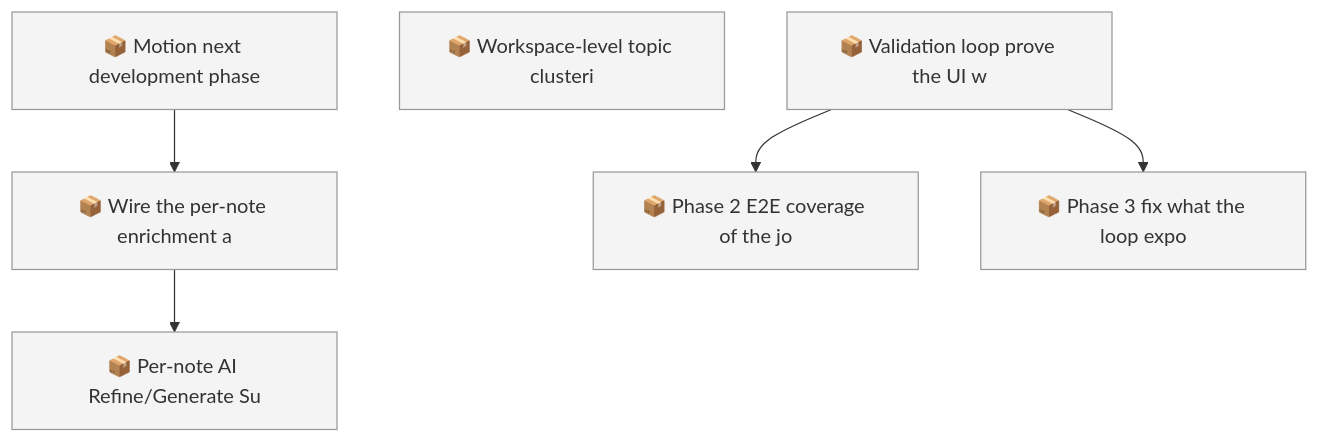
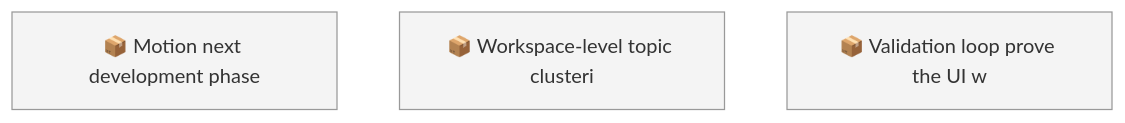
One commit to SpillwaveSolutions/motion changed the first of 2 diagrams in docs/roadmap.md. Above: the diagram before and after it, drawn with Mermaid. The commit also changed other lines of this file and 18 other files, not shown here.

First line of the commit message:
test(e2e): Phase 2 journey coverage (01KYK6NHSHBJ0SV2MM8N3A0KJR)

````diff
--- a/docs/roadmap.md
+++ b/docs/roadmap.md
@@ -48,16 +34,8 @@
 ```mermaid
 graph TD
     01KYFZ6RBHABFSC9K9NJ90168Q["📦 Motion next development phase"]
-    01KYFZ6RBJV920SFW0MAN9MX9J["📦 Wire the per-note enrichment a"]
-    01KYFZ6RBJZNYDT9AK2V0RA11T["📦 Per-note AI Refine/Generate Su"]
     01KYFZ8RGR06XBSG9CH4TEWYJY["📦 Workspace-level topic clusteri"]
     01KYK6NHSFJNG9XV6D8K5SHWCV["📦 Validation loop prove the UI w"]
-    01KYK6NHSHBJ0SV2MM8N3A0KJR["📦 Phase 2 E2E coverage of the jo"]
-    01KYK6NHSHZJNNCYMEW9ZG77NP["📦 Phase 3 fix what the loop expo"]
-    01KYFZ6RBHABFSC9K9NJ90168Q --> 01KYFZ6RBJV920SFW0MAN9MX9J
-    01KYFZ6RBJV920SFW0MAN9MX9J --> 01KYFZ6RBJZNYDT9AK2V0RA11T
-    01KYK6NHSFJNG9XV6D8K5SHWCV --> 01KYK6NHSHBJ0SV2MM8N3A0KJR
-    01KYK6NHSFJNG9XV6D8K5SHWCV --> 01KYK6NHSHZJNNCYMEW9ZG77NP
     classDef todo fill:#f4f4f4,stroke:#999999
-    class 01KYFZ6RBHABFSC9K9NJ90168Q,01KYFZ6RBJV920SFW0MAN9MX9J,01KYFZ6RBJZNYDT9AK2V0RA11T,01KYFZ8RGR06XBSG9CH4TEWYJY,01KYK6NHSFJNG9XV6D8K5SHWCV,01KYK6NHSHBJ0SV2MM8N3A0KJR,01KYK6NHSHZJNNCYMEW9ZG77NP todo
+    class 01KYFZ6RBHABFSC9K9NJ90168Q,01KYFZ8RGR06XBSG9CH4TEWYJY,01KYK6NHSFJNG9XV6D8K5SHWCV todo
 ```
````
